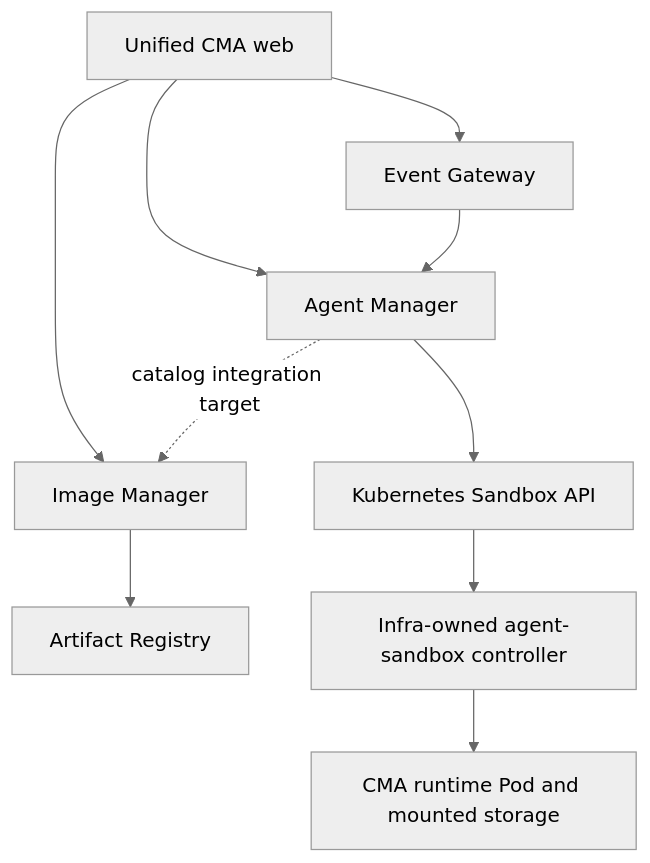
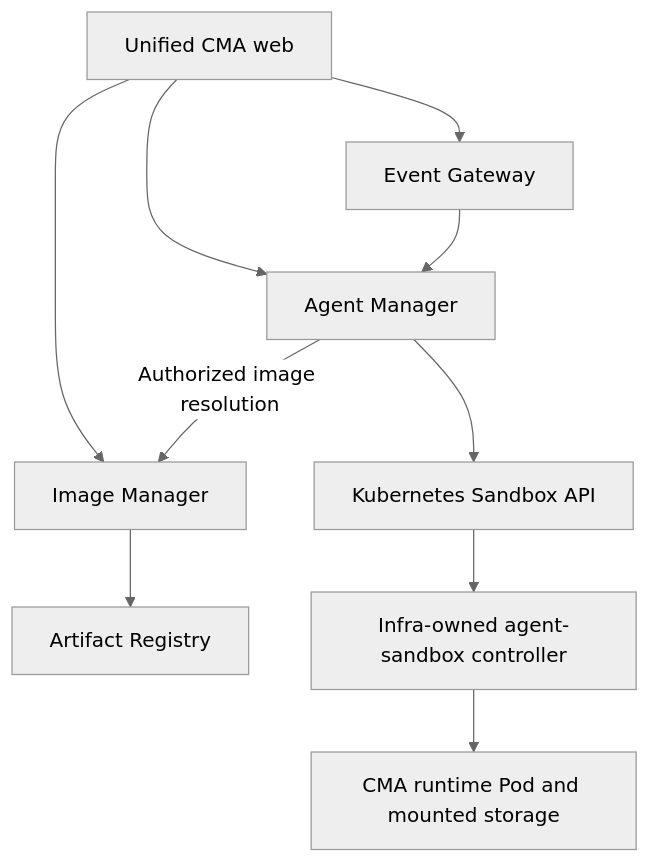
One commit to ChronoAIProject/cma changed the diagram in docs/CMA_Service_Split.md. Above: the diagram before and after it, drawn with Mermaid (neutral theme). The commit also changed other lines of this file and 8 other files, not shown here.

````diff
--- a/docs/CMA_Service_Split.md
+++ b/docs/CMA_Service_Split.md
@@ -25,12 +25,12 @@
 ```mermaid
 flowchart TD
     Web[Unified CMA web] --> EG[Event Gateway]
     Web --> AM[Agent Manager]
     Web --> IM[Image Manager]
     EG --> AM
-    AM -. catalog integration target .-> IM
+    AM -->|Authorized image resolution| IM
     IM --> Registry[Artifact Registry]
     AM --> API[Kubernetes Sandbox API]
     API --> Controller[Infra-owned agent-sandbox controller]
     Controller --> Runtime[CMA runtime Pod and mounted storage]
 ```
````
